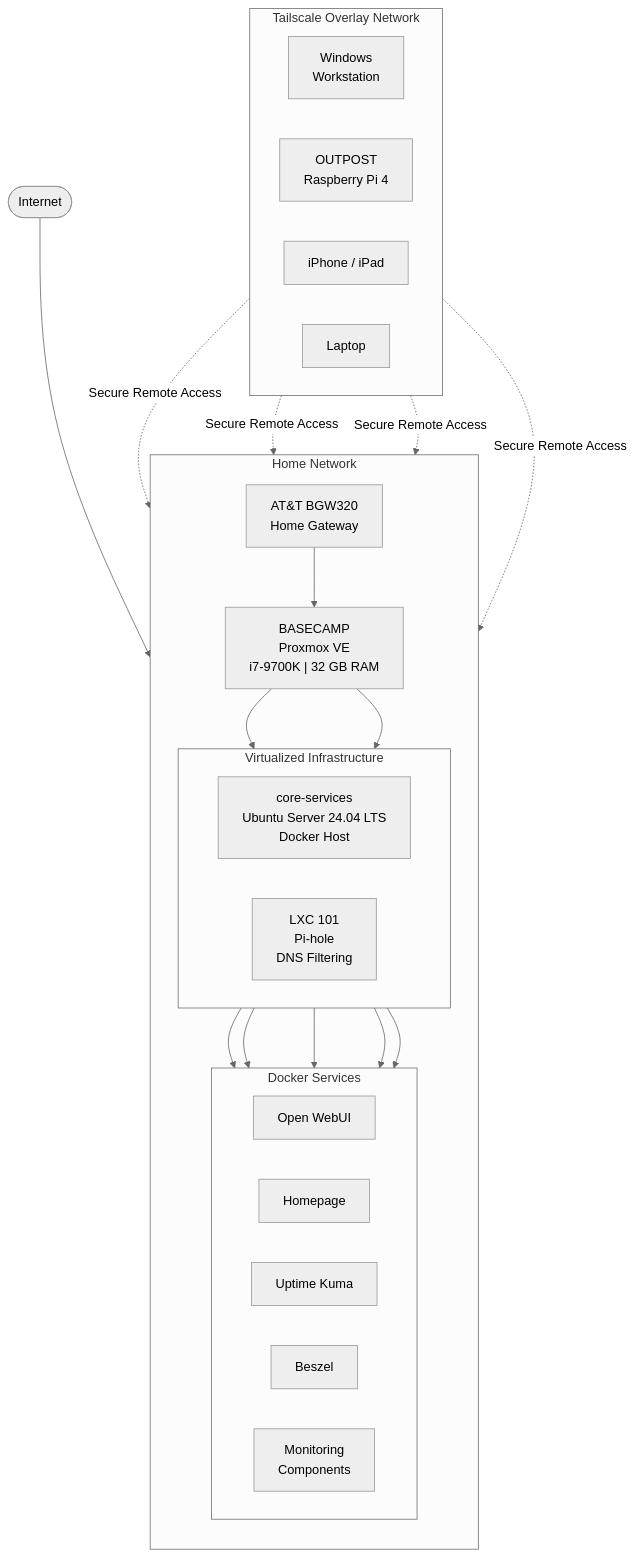
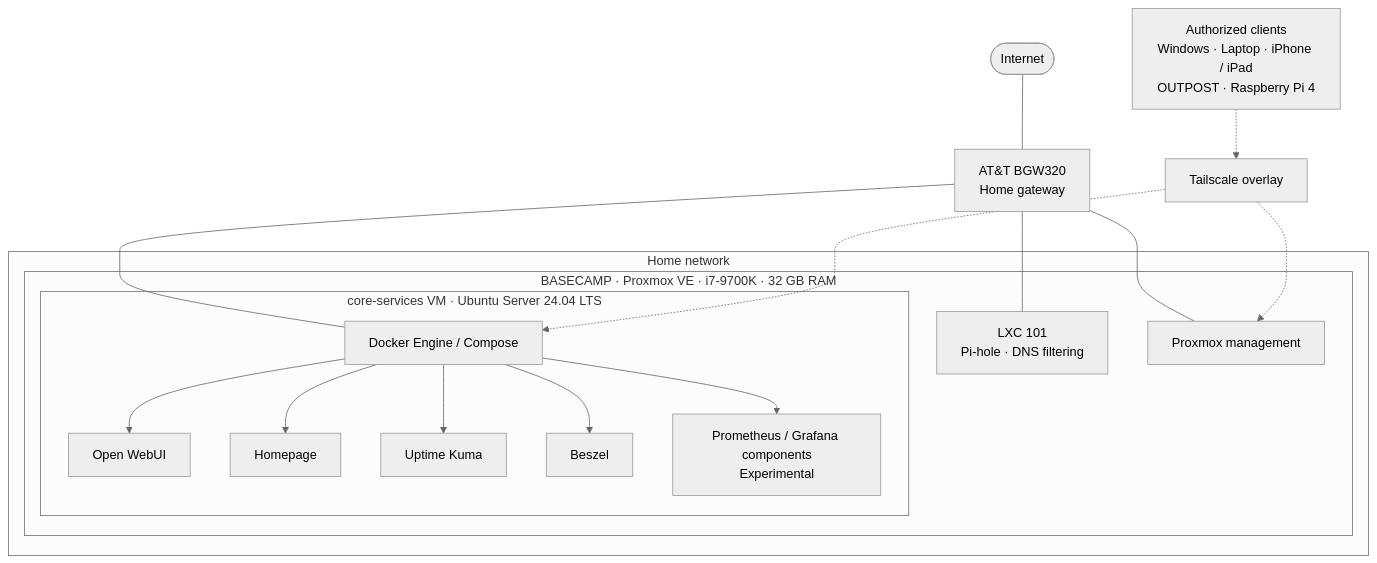
The diagram in diagrams/basecamp-architecture.md (soonerbear22-ux/basecamp-homelab), drawn with Mermaid (neutral theme) before and after one commit. The commit also changed other lines of this file and 6 other files, not shown here.

First line of the commit message:
Document early-stage Basecamp architecture and operations

````diff
--- a/diagrams/basecamp-architecture.md
+++ b/diagrams/basecamp-architecture.md
@@ -3,53 +7,36 @@
 ```mermaid
 flowchart TB
+    Internet([Internet])
+    Gateway["AT&T BGW320<br/>Home gateway"]
+    Internet --- Gateway
 
-    Internet([Internet])
-    Gateway["AT&T BGW320<br/>Home Gateway"]
-
-    Internet --> Gateway
-
-    subgraph LAN["Home Network"]
-        direction TB
-
-        Basecamp["BASECAMP<br/>Proxmox VE<br/>i7-9700K | 32 GB RAM"]
-
-        subgraph Proxmox["Virtualized Infrastructure"]
-            direction LR
-
-            Core["core-services<br/>Ubuntu Server 24.04 LTS<br/>Docker Host"]
-            PiHole["LXC 101<br/>Pi-hole<br/>DNS Filtering"]
+    subgraph LAN["Home network"]
+        subgraph Host["BASECAMP · Proxmox VE · i7-9700K · 32 GB RAM"]
+            subgraph VM["core-services VM · Ubuntu Server 24.04 LTS"]
+                Docker["Docker Engine / Compose"]
+                WebUI["Open WebUI"]
+                Homepage["Homepage"]
+                Kuma["Uptime Kuma"]
+                Beszel["Beszel"]
+                Metrics["Prometheus / Grafana components<br/>Experimental"]
+                Docker --> WebUI
+                Docker --> Homepage
+                Docker --> Kuma
+                Docker --> Beszel
+                Docker --> Metrics
+            end
+            PiHole["LXC 101<br/>Pi-hole · DNS filtering"]
+            Admin["Proxmox management"]
         end
-
-        subgraph Docker["Docker Services"]
-            direction LR
-            WebUI["Open WebUI"]
-            Homepage["Homepage"]
-            Kuma["Uptime Kuma"]
-            Beszel["Beszel"]
-            Monitoring["Monitoring<br/>Components"]
-        end
-
-        Gateway --> Basecamp
-        Basecamp --> Core
-        Basecamp --> PiHole
-
-        Core --> WebUI
-        Core --> Homepage
-        Core --> Kuma
-        Core --> Beszel
-        Core --> Monitoring
     end
 
-    subgraph Tailnet["Tailscale Overlay Network"]
-        direction LR
-        Windows["Windows<br/>Workstation"]
-        Outpost["OUTPOST<br/>Raspberry Pi 4"]
-        Mobile["iPhone / iPad"]
-        Laptop["Laptop"]
-    end
+    Gateway --- Admin
+    Gateway --- Docker
+    Gateway --- PiHole
 
-    Windows -. Secure Remote Access .-> Basecamp
-    Outpost -. Secure Remote Access .-> Core
-    Mobile -. Secure Remote Access .-> Core
-    Laptop -. Secure Remote Access .-> Basecamp
+    Clients["Authorized clients<br/>Windows · Laptop · iPhone / iPad<br/>OUTPOST · Raspberry Pi 4"]
+    Overlay["Tailscale overlay"]
+    Clients -.-> Overlay
+    Overlay -.-> Admin
+    Overlay -.-> Docker
 ```
````
